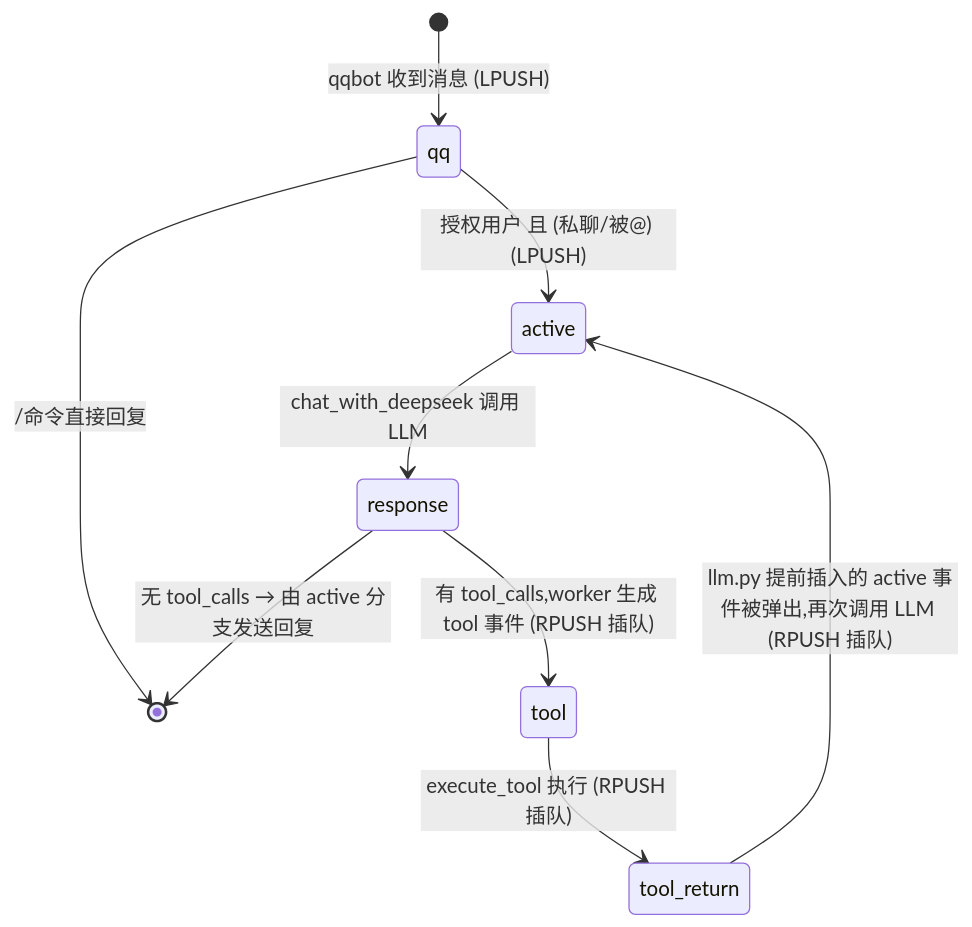
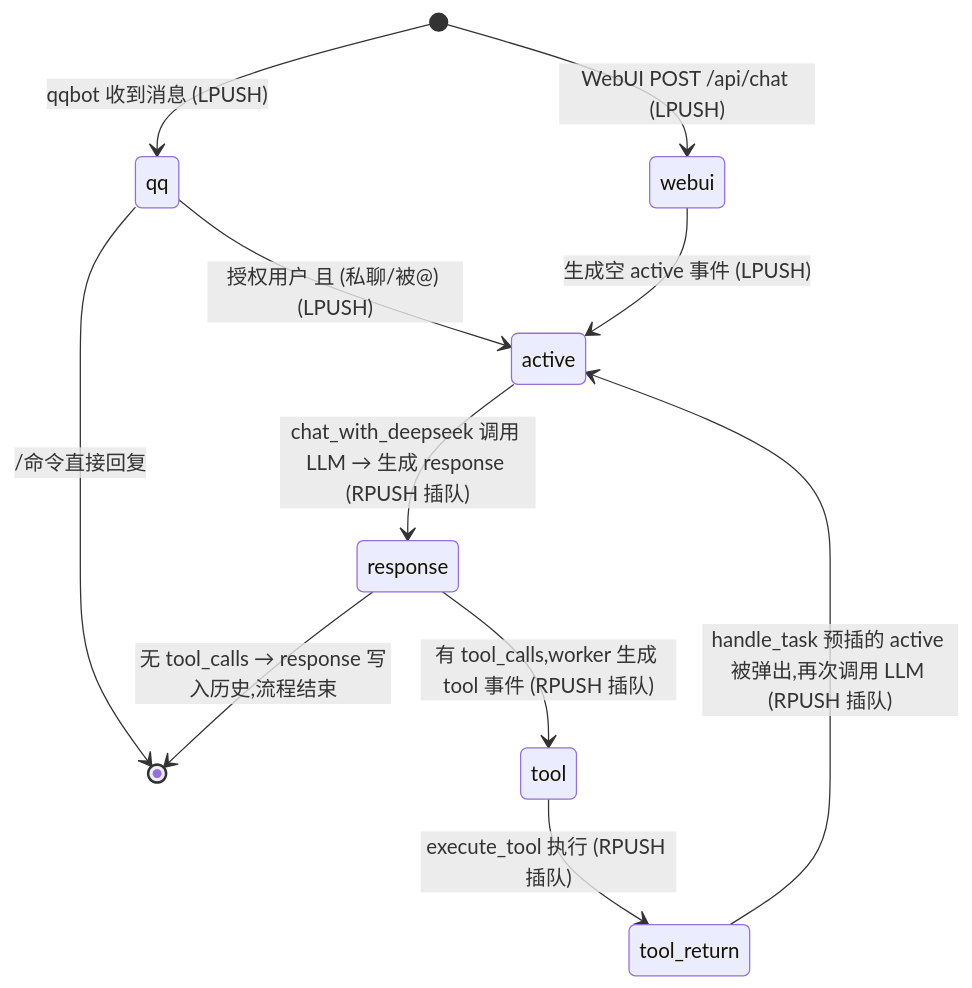
One commit to g-Ironfox/AAgent changed the diagram in docs/02-事件与队列.md. Above: the diagram before and after it, drawn with Mermaid. The commit also changed other lines of this file and 13 other files, not shown here.

````diff
--- a/docs/02-事件与队列.md
+++ b/docs/02-事件与队列.md
@@ -39,11 +40,13 @@
 ```mermaid
 stateDiagram-v2
     [*] --> qq: qqbot 收到消息 (LPUSH)
+    [*] --> webui: WebUI POST /api/chat (LPUSH)
     qq --> active: 授权用户 且 (私聊/被@) (LPUSH)
     qq --> [*]: /命令直接回复
-    active --> response: chat_with_deepseek 调用 LLM
-    response --> [*]: 无 tool_calls → 由 active 分支发送回复
+    webui --> active: 生成空 active 事件 (LPUSH)
+    active --> response: chat_with_deepseek 调用 LLM → 生成 response (RPUSH 插队)
+    response --> [*]: 无 tool_calls → response 写入历史,流程结束
     response --> tool: 有 tool_calls,worker 生成 tool 事件 (RPUSH 插队)
     tool --> tool_return: execute_tool 执行 (RPUSH 插队)
-    tool_return --> active: llm.py 提前插入的 active 事件被弹出,再次调用 LLM (RPUSH 插队)
+    tool_return --> active: handle_task 预插的 active 被弹出,再次调用 LLM (RPUSH 插队)
 ```
````
